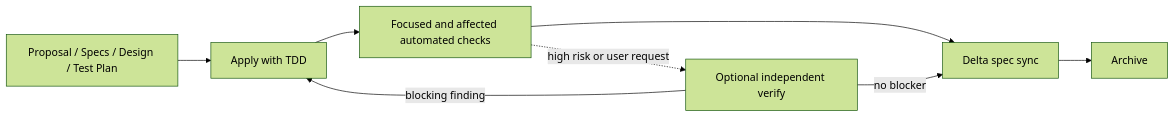
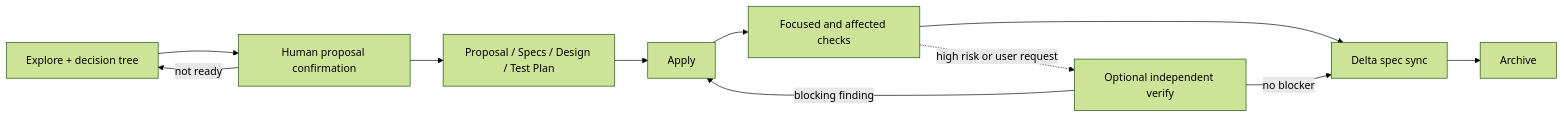
Before and after one commit to hataketed7977/taskpilot: the second of 2 diagrams in docs/architecture.md, drawn with Mermaid (forest theme). The commit also changed other lines of this file and 7 other files, not shown here.

````diff
--- a/docs/architecture.md
+++ b/docs/architecture.md
@@ -198,14 +214,17 @@
 ```mermaid
 flowchart LR
+    explore["Explore + decision tree"]
+    confirm["Human proposal confirmation"]
     plan["Proposal / Specs / Design / Test Plan"]
-    apply["Apply with TDD"]
-    checks["Focused and affected automated checks"]
+    apply["Apply"]
+    checks["Focused and affected checks"]
     verify["Optional independent verify"]
     sync["Delta spec sync"]
     archive["Archive"]
 
-    plan --> apply --> checks --> sync --> archive
+    explore --> confirm --> plan --> apply --> checks --> sync --> archive
+    confirm -->|not ready| explore
     checks -. high risk or user request .-> verify
     verify -->|blocking finding| apply
     verify -->|no blocker| sync
 ```
````
